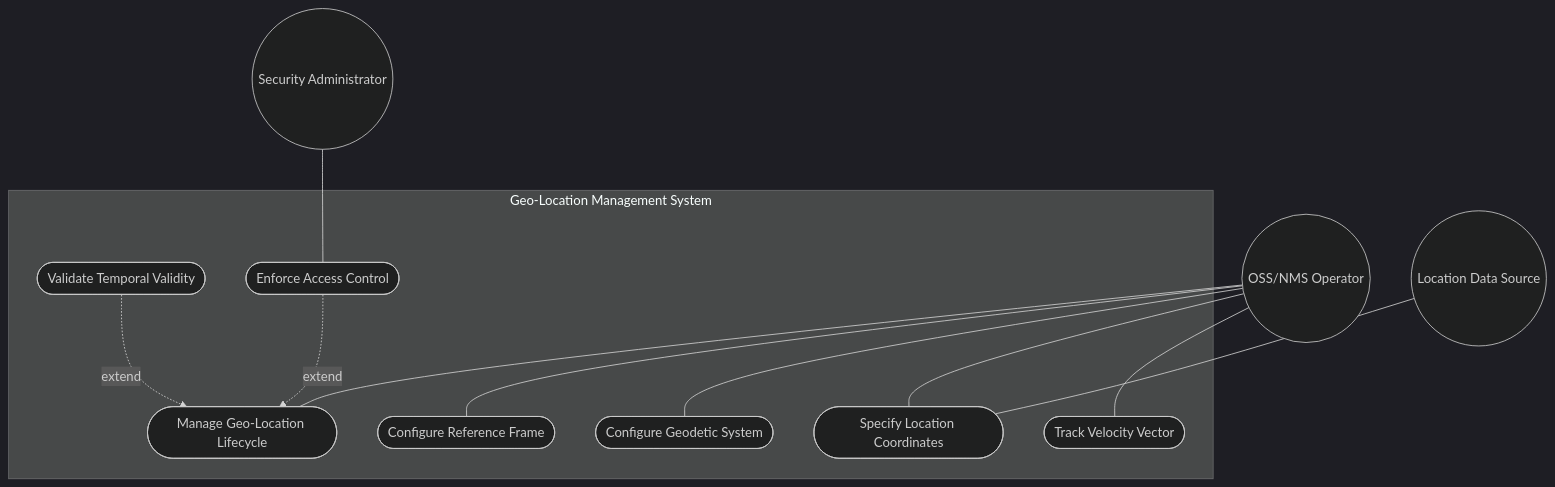
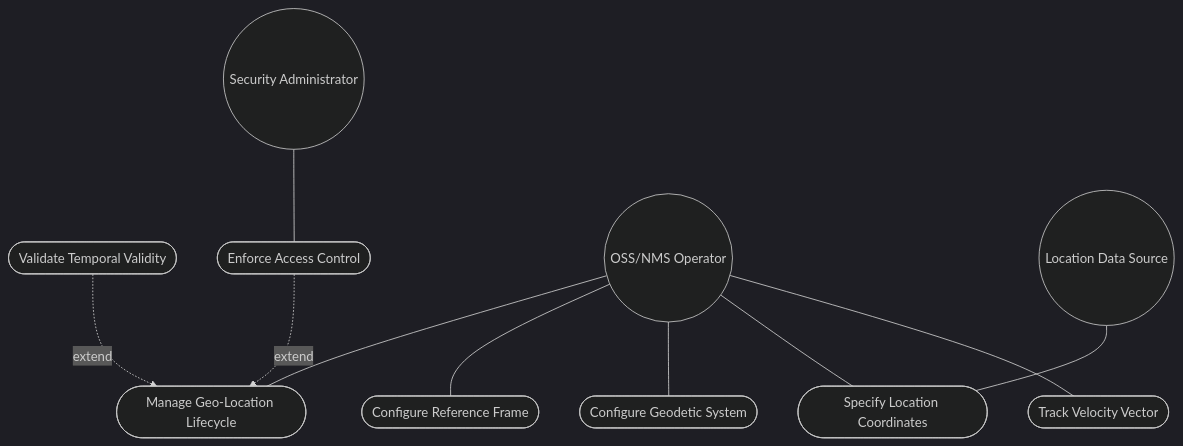
Before and after one commit to gintatkinson/3dgs-030: the first of 2 diagrams in docs/use-cases/uc-06-geo-location-management.md, drawn with Mermaid (dark theme). The commit also changed 20 other files, not shown here.

First line of the commit message:
fix: repair Mermaid rendering across all 18 use cases and 5 topology features

````diff
--- a/docs/use-cases/uc-06-geo-location-management.md
+++ b/docs/use-cases/uc-06-geo-location-management.md
@@ -77,21 +77,19 @@
 ```mermaid
 graph TD
-    subgraph System["Geo-Location Management System"]
         UC01([Manage Geo-Location Lifecycle])
         UC02([Configure Reference Frame])
         UC03([Configure Geodetic System])
         UC04([Specify Location Coordinates])
         UC05([Track Velocity Vector])
         UC06([Validate Temporal Validity])
         UC07([Enforce Access Control])
-    end
     OSS((OSS/NMS Operator)) --- UC01
     OSS --- UC02
     OSS --- UC03
     OSS --- UC04
     OSS --- UC05
     UC06 -. "extend" .-> UC01
     UC07 -. "extend" .-> UC01
     SecAdmin((Security Administrator)) --- UC07
     LocSrc((Location Data Source)) --- UC04
 ```
````
